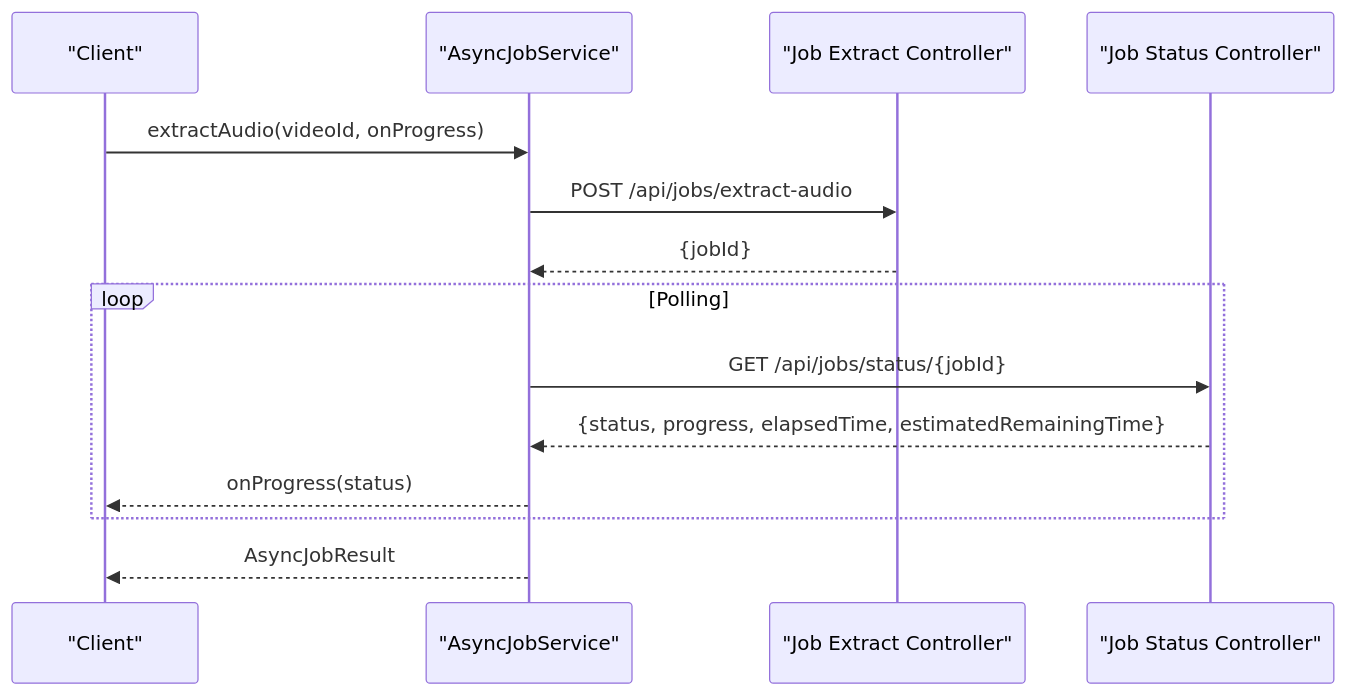
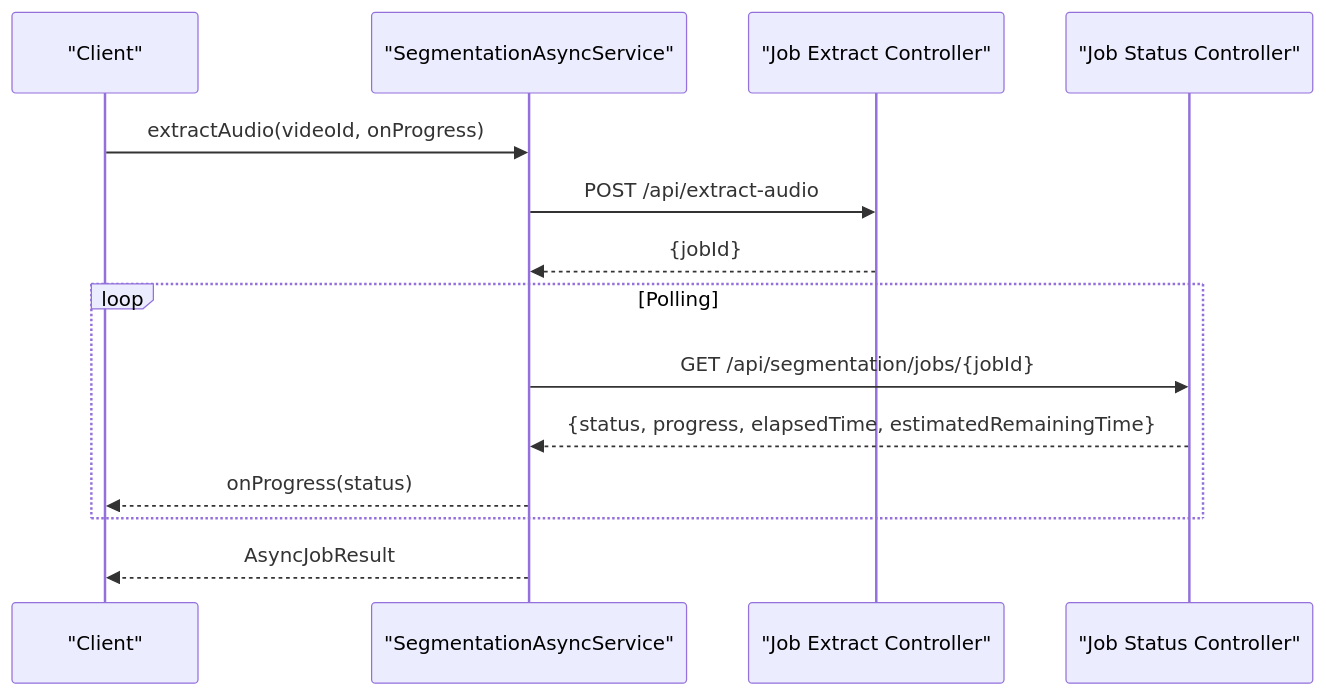
Before and after one commit to ptnghia-j/ChordMiniApp: the fourth of 7 diagrams in .qoder/repowiki/en/content/Frontend Application/API Integration and Service Layer/Parallel Pipeline Service.md, drawn with Mermaid. The commit also changed other lines of this file and 60 other files, not shown here.

````diff
--- a/.qoder/repowiki/en/content/Frontend Application/API Integration and Service Layer/Parallel Pipeline Service.md
+++ b/.qoder/repowiki/en/content/Frontend Application/API Integration and Service Layer/Parallel Pipeline Service.md
@@ -173,16 +173,16 @@
 ```mermaid
 sequenceDiagram
 participant Client as "Client"
-participant AJS as "AsyncJobService"
+participant AJS as "SegmentationAsyncService"
 participant JEC as "Job Extract Controller"
 participant JSC as "Job Status Controller"
 Client->>AJS : extractAudio(videoId, onProgress)
-AJS->>JEC : POST /api/jobs/extract-audio
+AJS->>JEC : POST /api/extract-audio
 JEC-->>AJS : {jobId}
 loop Polling
-AJS->>JSC : GET /api/jobs/status/{jobId}
+AJS->>JSC : GET /api/segmentation/jobs/{jobId}
 JSC-->>AJS : {status, progress, elapsedTime, estimatedRemainingTime}
 AJS-->>Client : onProgress(status)
 end
 AJS-->>Client : AsyncJobResult
 ```
````
